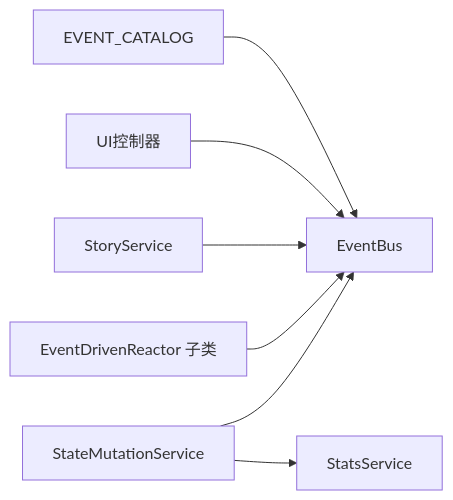
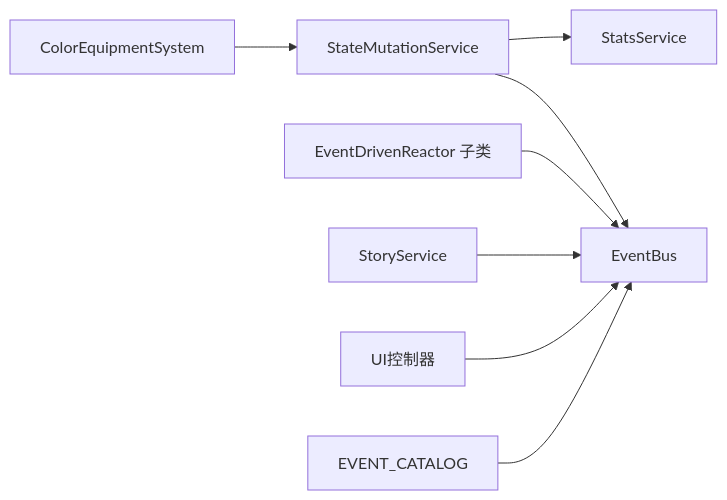
Before and after one commit to EsiLA9/Arona-Clicker: the third of 3 diagrams in .qoder/repowiki/zh/content/架构设计/组件通信机制.md, drawn with Mermaid. The commit also changed other lines of this file and 76 other files, not shown here.

````diff
--- a/.qoder/repowiki/zh/content/架构设计/组件通信机制.md
+++ b/.qoder/repowiki/zh/content/架构设计/组件通信机制.md
@@ -255,9 +288,10 @@
 ```mermaid
 graph LR
 Mut["StateMutationService"] --> EB["EventBus"]
 Mut --> Stats["StatsService"]
+Equip["ColorEquipmentSystem"] --> Mut
 Reactor["EventDrivenReactor 子类"] --> EB
 StorySvc["StoryService"] --> EB
 UI["UI控制器"] --> EB
 Types["EVENT_CATALOG"] --> EB
 ```
````
